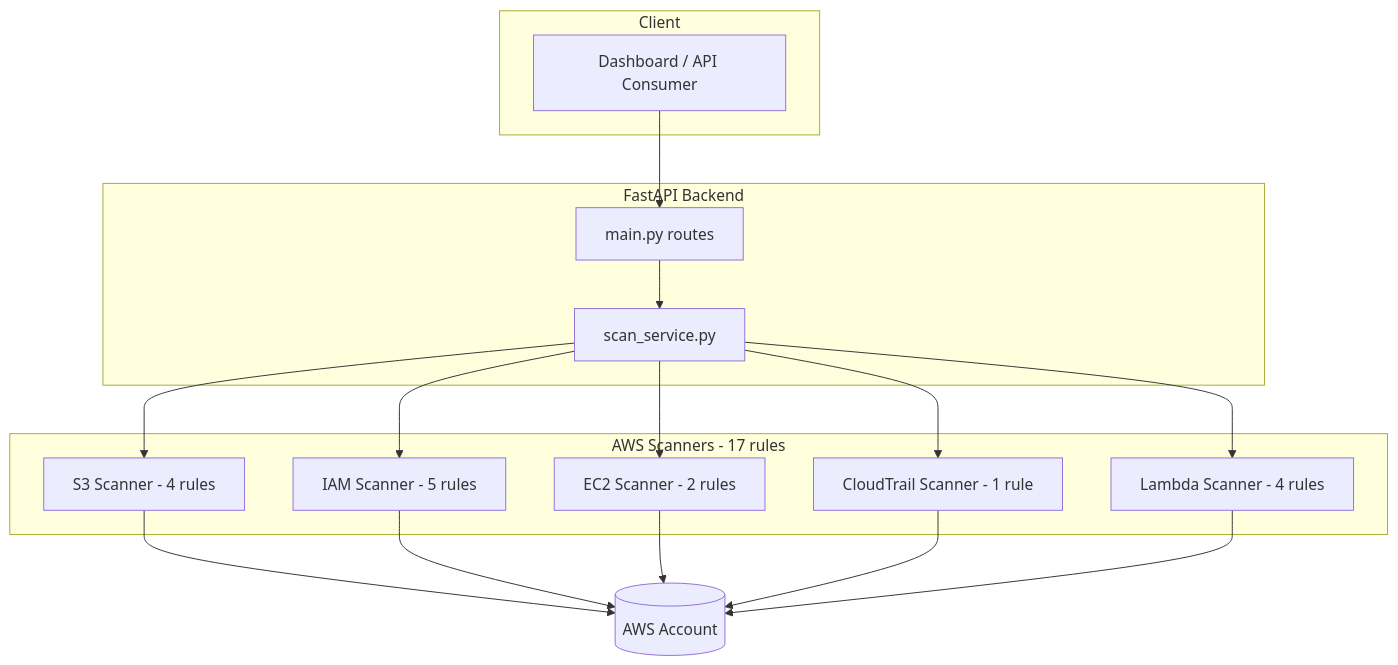
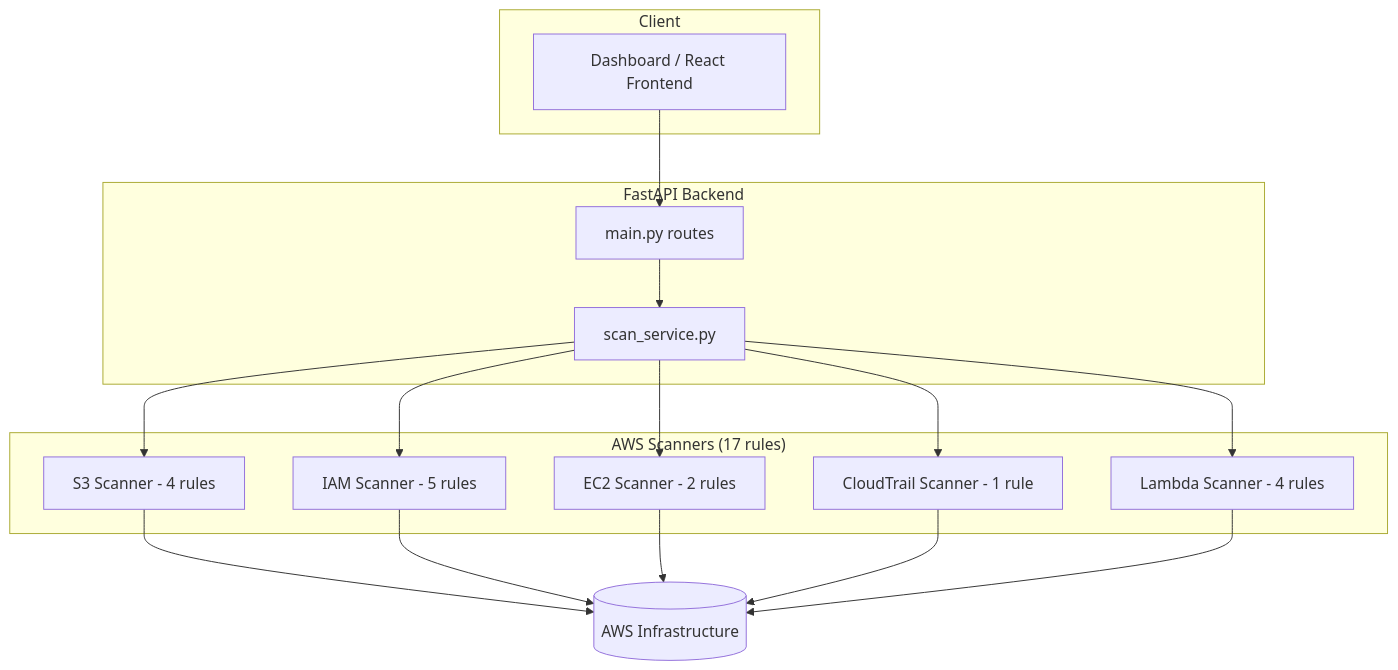
Before and after one commit to nayefsiddique-eng/CloudSentinal: the second of 2 diagrams in README.md, drawn with Mermaid. The commit also changed other lines of this file, not shown here.

````diff
--- a/README.md
+++ b/README.md
@@ -41,28 +37,24 @@
 ```mermaid
 flowchart TB
     subgraph Client
-        UI[Dashboard / API Consumer]
+        UI[Dashboard / React Frontend]
     end
 
     subgraph Backend["FastAPI Backend"]
         API[main.py routes]
         SVC[scan_service.py]
     end
 
-    subgraph Scanners["AWS Scanners - 17 rules"]
+    subgraph Scanners["AWS Scanners (17 rules)"]
         S3[S3 Scanner - 4 rules]
         IAM[IAM Scanner - 5 rules]
         EC2[EC2 Scanner - 2 rules]
         CT[CloudTrail Scanner - 1 rule]
         LAM[Lambda Scanner - 4 rules]
     end
 
-    AWS[(AWS Account)]
+    AWS[(AWS Infrastructure)]
 
     UI --> API --> SVC
-    SVC --> S3 --> AWS
-    SVC --> IAM --> AWS
-    SVC --> EC2 --> AWS
-    SVC --> CT --> AWS
-    SVC --> LAM --> AWS
+    SVC --> S3 & IAM & EC2 & CT & LAM --> AWS
 ```
````
